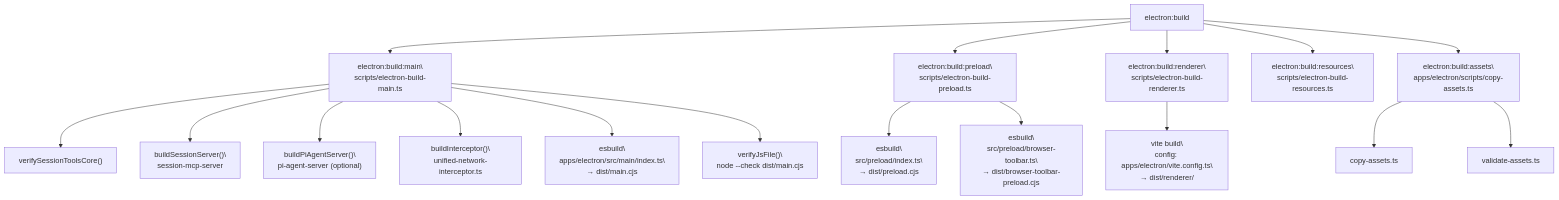
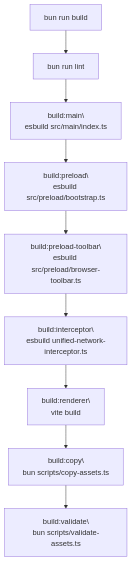
One commit to blackcater/zentree changed the first of 2 diagrams in docs/lukilabs_craft-agents-oss/development-guide/build-system.md. Above: the diagram before and after it, drawn with Mermaid. The commit also changed other lines of this file and 232 other files, not shown here.

````diff
--- a/docs/lukilabs_craft-agents-oss/development-guide/build-system.md
+++ b/docs/lukilabs_craft-agents-oss/development-guide/build-system.md
@@ -45,40 +27,18 @@
 ```mermaid
 flowchart TD
-    Start["electron:build"] --> Main["electron:build:main\
-scripts/electron-build-main.ts"]
-    Start --> Pre["electron:build:preload\
-scripts/electron-build-preload.ts"]
-    Start --> Rend["electron:build:renderer\
-scripts/electron-build-renderer.ts"]
-    Start --> Res["electron:build:resources\
-scripts/electron-build-resources.ts"]
-    Start --> Assets["electron:build:assets\
-apps/electron/scripts/copy-assets.ts"]
-
-    Main --> M1["verifySessionToolsCore()"]
-    Main --> M2["buildSessionServer()\
-session-mcp-server"]
-    Main --> M3["buildPiAgentServer()\
-pi-agent-server (optional)"]
-    Main --> M4["buildInterceptor()\
-unified-network-interceptor.ts"]
-    Main --> M5["esbuild\
-apps/electron/src/main/index.ts\
-→ dist/main.cjs"]
-    Main --> M6["verifyJsFile()\
-node --check dist/main.cjs"]
-
-    Pre --> P1["esbuild\
-src/preload/index.ts\
-→ dist/preload.cjs"]
-    Pre --> P2["esbuild\
-src/preload/browser-toolbar.ts\
-→ dist/browser-toolbar-preload.cjs"]
-
-    Rend --> R1["vite build\
-config: apps/electron/vite.config.ts\
-→ dist/renderer/"]
-
-    Assets --> A1["copy-assets.ts"]
-    Assets --> A2["validate-assets.ts"]
+    Start["bun run build"] --> Lint["bun run lint"]
+    Lint --> Main["build:main\
+esbuild src/main/index.ts"]
+    Main --> Preload["build:preload\
+esbuild src/preload/bootstrap.ts"]
+    Preload --> Toolbar["build:preload-toolbar\
+esbuild src/preload/browser-toolbar.ts"]
+    Toolbar --> Interceptor["build:interceptor\
+esbuild unified-network-interceptor.ts"]
+    Interceptor --> Renderer["build:renderer\
+vite build"]
+    Renderer --> Copy["build:copy\
+bun scripts/copy-assets.ts"]
+    Copy --> Validate["build:validate\
+bun scripts/validate-assets.ts"]
 ```
````
